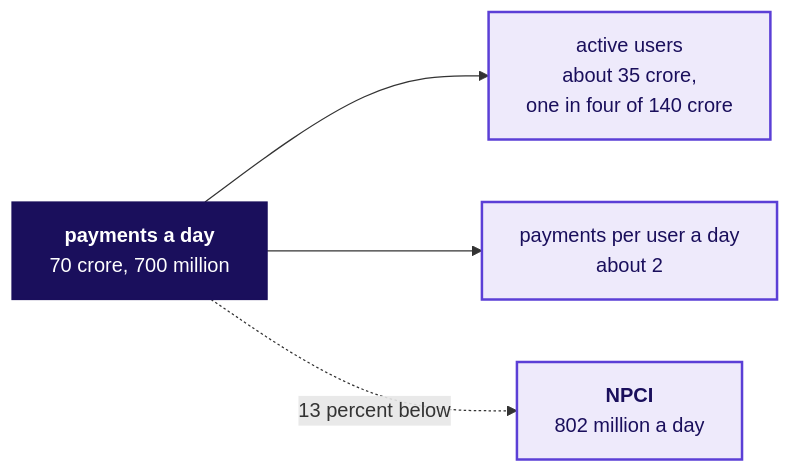
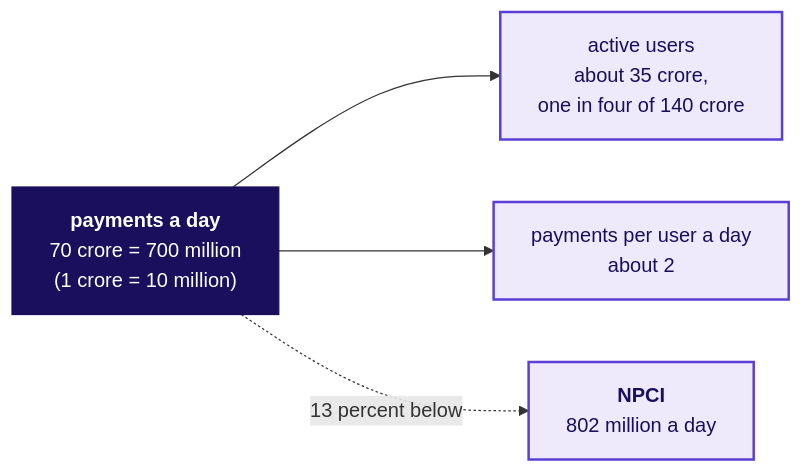
One commit to fde-academy-lab/c2-content-factory changed the fifth of 6 diagrams in content/W04/D2/slides/C2_W04_D02_half2_STUDENT.md. Above: the diagram before and after it, drawn with Mermaid. The commit also changed other lines of this file and 18 other files, not shown here.

````diff
--- a/content/W04/D2/slides/C2_W04_D02_half2_STUDENT.md
+++ b/content/W04/D2/slides/C2_W04_D02_half2_STUDENT.md
@@ -273,10 +277,10 @@
 ```mermaid
 flowchart LR
-    U["<b>payments a day</b><br/>70 crore, 700 million"] --> A["active users<br/>about 35 crore,<br/>one in four of 140 crore"]
+    U["<b>payments a day</b><br/>70 crore = 700 million<br/>(1 crore = 10 million)"] --> A["active users<br/>about 35 crore,<br/>one in four of 140 crore"]
     U --> F["payments per user a day<br/>about 2"]
     U -.->|"13 percent below"| N["<b>NPCI</b><br/>802 million a day"]
     classDef lit fill:#1A0F5C,stroke:#1A0F5C,color:#FFFFFF
     classDef known fill:#EEEAFB,stroke:#5B3FD6,color:#1A0F5C,stroke-width:2px
     class U lit
     class A,F,N known
 ```
````
